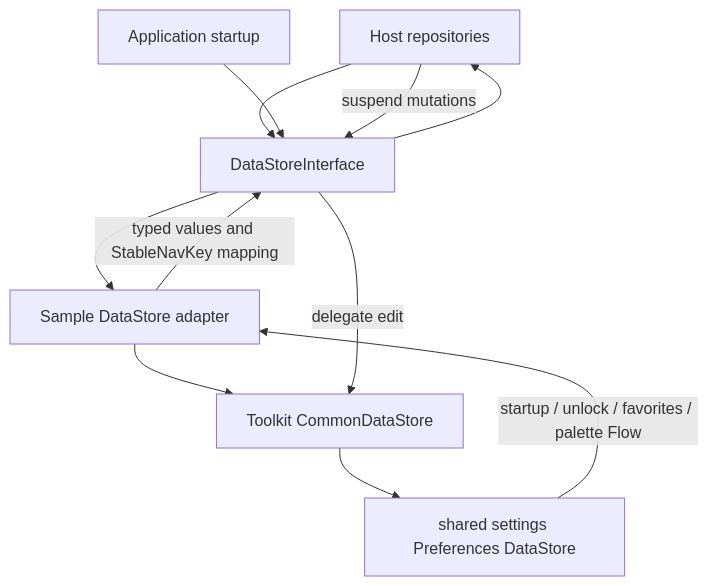
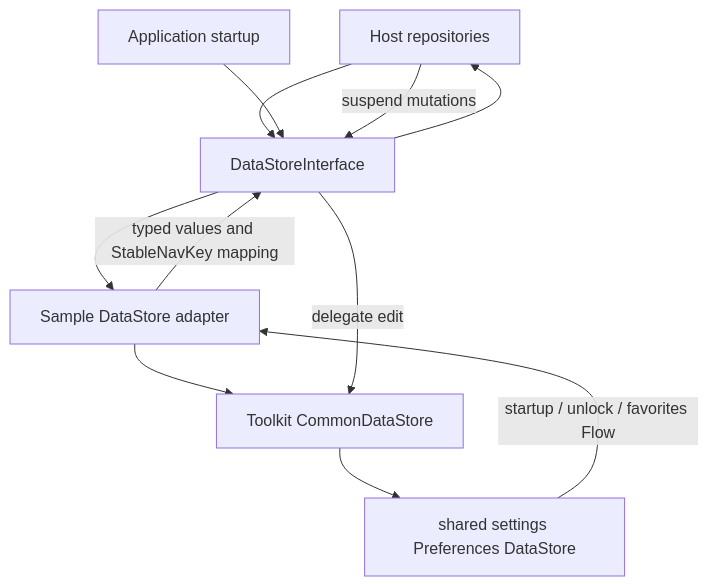
One commit to MihaiCristianCondrea/App-Toolkit-for-Android changed the diagram in sample/core/datastore/README.md. Above: the diagram before and after it, drawn with Mermaid. The commit also changed 137 other files, not shown here.

````diff
--- a/sample/core/datastore/README.md
+++ b/sample/core/datastore/README.md
@@ -31,13 +31,13 @@
 ```mermaid
 flowchart TD
     Repos[Host repositories] --> Contract[DataStoreInterface]
     App[Application startup] --> Contract
     Contract --> Adapter[Sample DataStore adapter]
     Adapter --> Common[Toolkit CommonDataStore]
     Common --> Store["shared settings Preferences DataStore"]
-    Store -->|startup / unlock / favorites / palette Flow| Adapter
+    Store -->|startup / unlock / favorites Flow| Adapter
     Adapter -->|typed values and StableNavKey mapping| Contract
     Contract --> Repos
     Repos -->|suspend mutations| Contract
     Contract -->|delegate edit| Common
 ```
````
